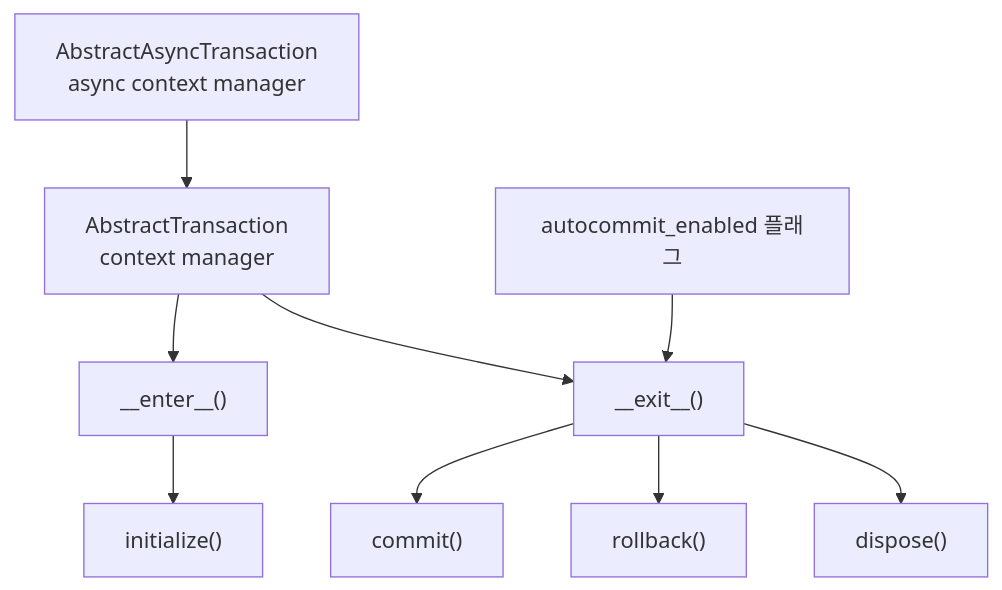
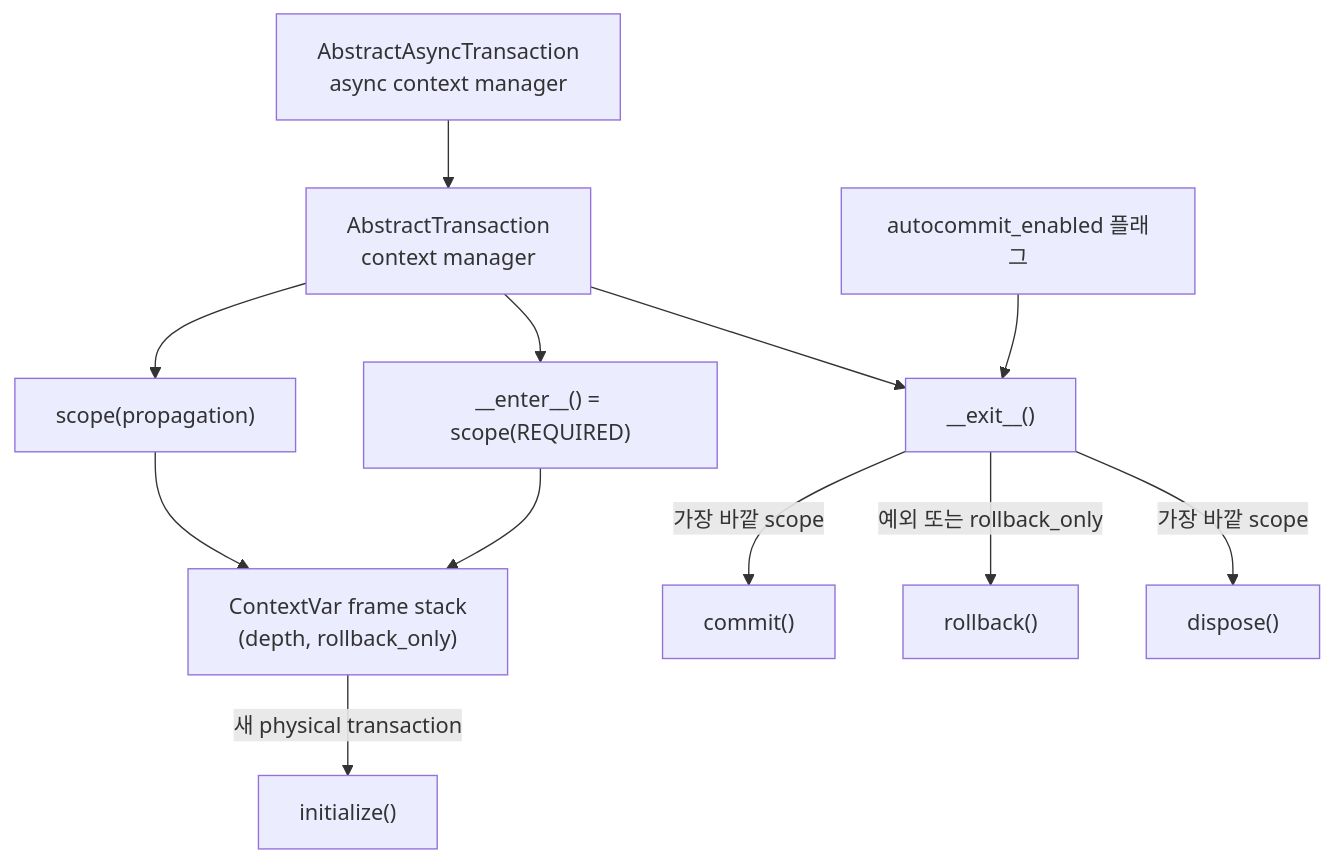
Before and after one commit to E5presso/spakky-framework: the eighth of 14 diagrams in ARCHITECTURE.md, drawn with Mermaid. The commit also changed other lines of this file and 29 other files, not shown here.

First line of the commit message:
feat(data): @Transactional에 중첩 transaction(propagation)을 추가합니다

````diff
--- a/ARCHITECTURE.md
+++ b/ARCHITECTURE.md
@@ -846,21 +859,26 @@
 ```mermaid
 flowchart TD
     tx["AbstractTransaction<br/>context manager"]
-    enter["__enter__()"]
+    scope["scope(propagation)"]
+    frames["ContextVar frame stack<br/>(depth, rollback_only)"]
+    enter["__enter__() = scope(REQUIRED)"]
     init["initialize()"]
     exit["__exit__()"]
     commit["commit()"]
     rollback["rollback()"]
     dispose["dispose()"]
     flag["autocommit_enabled 플래그"]
     async_tx["AbstractAsyncTransaction<br/>async context manager"]
 
+    tx --> scope
     tx --> enter
-    enter --> init
+    scope --> frames
+    enter --> frames
+    frames -->|"새 physical transaction"| init
     tx --> exit
-    exit --> commit
-    exit --> rollback
-    exit --> dispose
+    exit -->|"가장 바깥 scope"| commit
+    exit -->|"예외 또는 rollback_only"| rollback
+    exit -->|"가장 바깥 scope"| dispose
     flag --> exit
     async_tx --> tx
 ```
````
